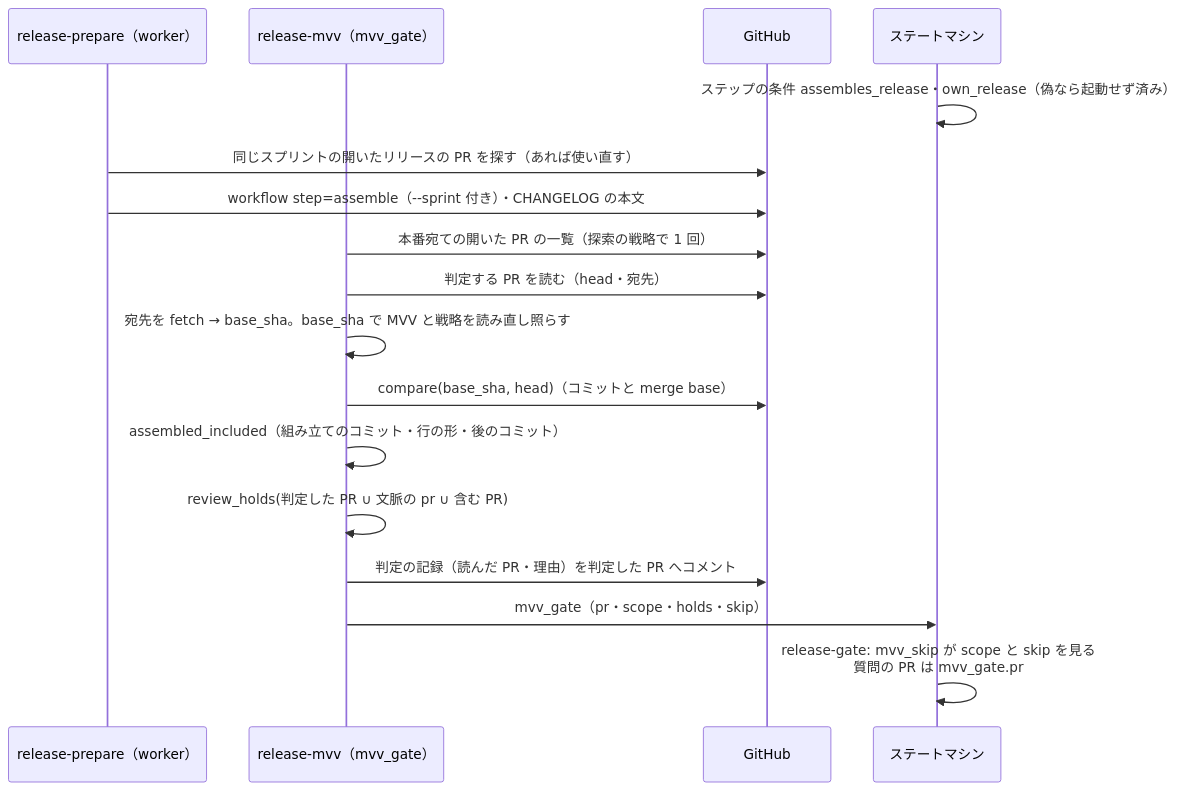
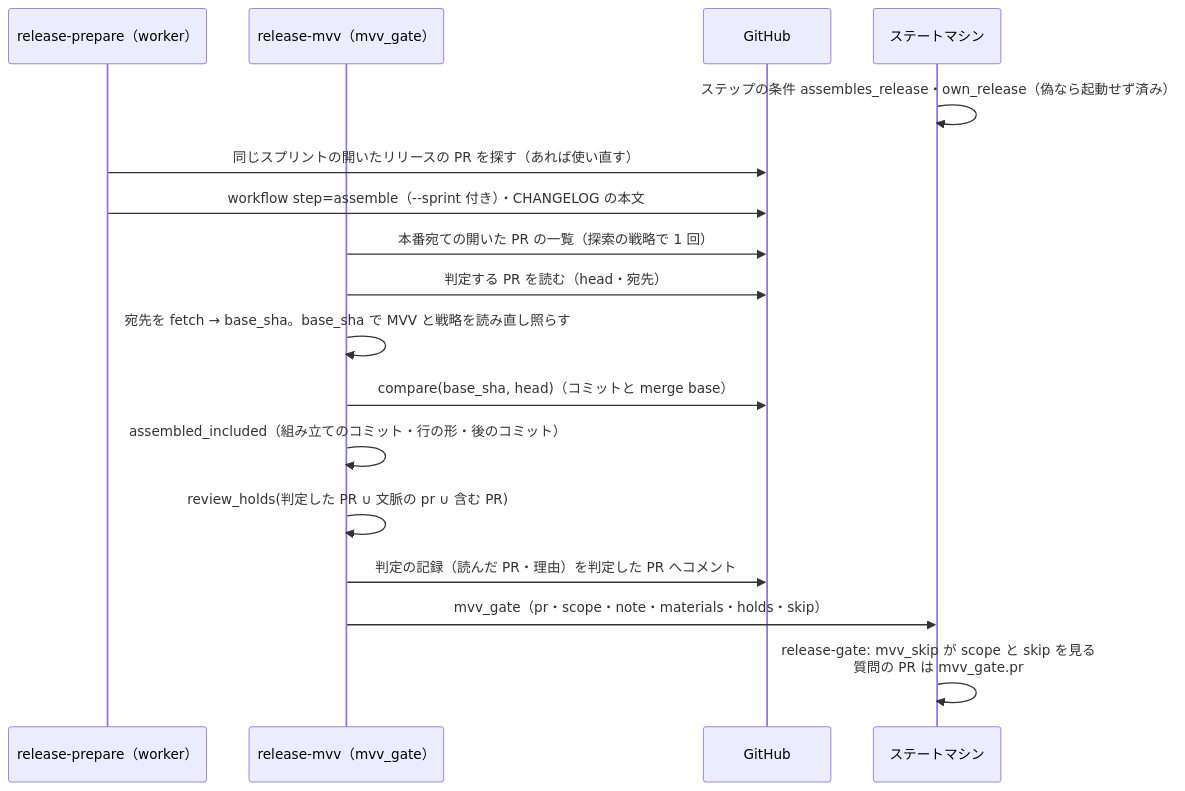
Before and after one commit to devbasex/ai-plugins: the third of 3 diagrams in issues/issue-4105-design.md, drawn with Mermaid. The commit also changed other lines of this file and 1 other file, not shown here.

````diff
--- a/issues/issue-4105-design.md
+++ b/issues/issue-4105-design.md
@@ -113,19 +116,19 @@
 ```mermaid
 sequenceDiagram
   participant W as release-prepare（worker）
   participant G as release-mvv（mvv_gate）
   participant H as GitHub
   participant S as ステートマシン
   S->>S: ステップの条件 assembles_release・own_release（偽なら起動せず済み）
   W->>H: 同じスプリントの開いたリリースの PR を探す（あれば使い直す）
   W->>H: workflow step=assemble（--sprint 付き）・CHANGELOG の本文
   G->>H: 本番宛ての開いた PR の一覧（探索の戦略で 1 回）
   G->>H: 判定する PR を読む（head・宛先）
   G->>G: 宛先を fetch → base_sha。base_sha で MVV と戦略を読み直し照らす
   G->>H: compare(base_sha, head)（コミットと merge base）
   G->>G: assembled_included（組み立てのコミット・行の形・後のコミット）
   G->>G: review_holds(判定した PR ∪ 文脈の pr ∪ 含む PR)
   G->>H: 判定の記録（読んだ PR・理由）を判定した PR へコメント
-  G->>S: mvv_gate（pr・scope・holds・skip）
+  G->>S: mvv_gate（pr・scope・note・materials・holds・skip）
   S->>S: release-gate: mvv_skip が scope と skip を見る<br>質問の PR は mvv_gate.pr
 ```
````
